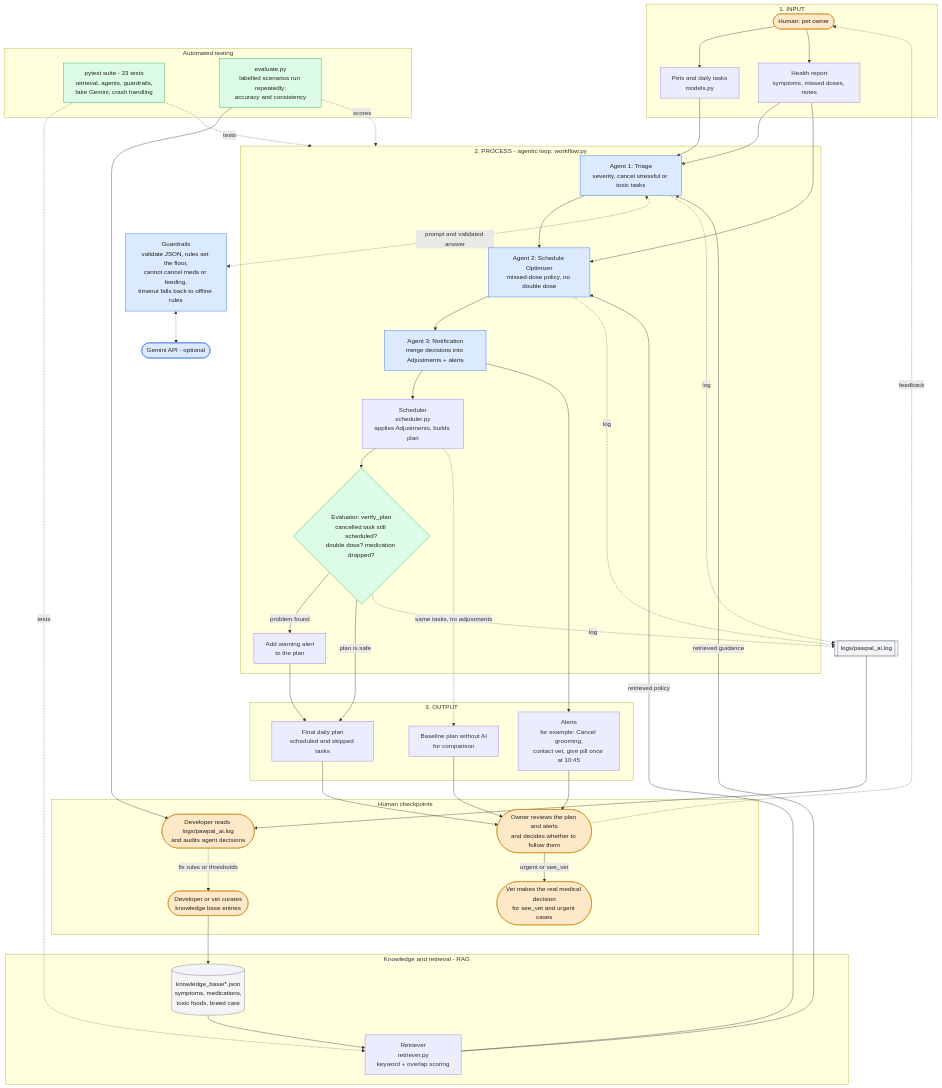
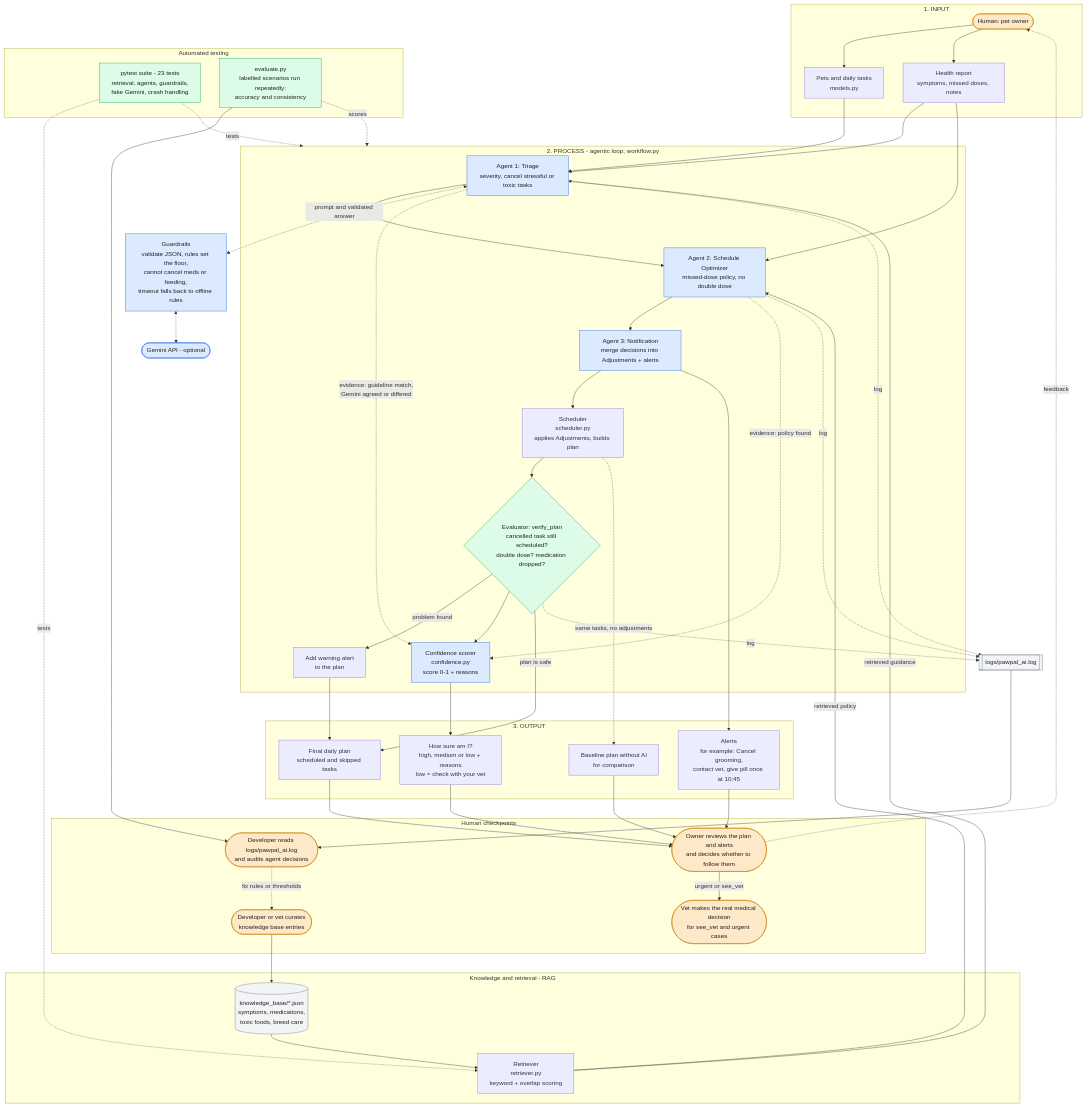
Before and after one commit to Kadzon/applied-ai-system-project: the diagram in diagrams/architecture.mmd, drawn with Mermaid.

Commit message:
Update architecture diagram with confidence scorer

```diff
--- a/diagrams/architecture.mmd
+++ b/diagrams/architecture.mmd
@@ -1,94 +1,100 @@
 flowchart TD
     %% ---------- INPUT ----------
     subgraph INPUT["1. INPUT"]
         OWNER(["Human: pet owner"])
         TASKS["Pets and daily tasks<br/>models.py"]
         REPORT["Health report<br/>symptoms, missed doses, notes"]
         OWNER --> TASKS
         OWNER --> REPORT
     end
 
     %% ---------- KNOWLEDGE / RAG ----------
     subgraph RAG["Knowledge and retrieval - RAG"]
         KB[("knowledge_base/*.json<br/>symptoms, medications,<br/>toxic foods, breed care")]
         RET["Retriever<br/>retriever.py<br/>keyword + overlap scoring"]
         KB --> RET
     end
 
     %% ---------- PROCESS ----------
     subgraph PROCESS["2. PROCESS - agentic loop, workflow.py"]
         A1["Agent 1: Triage<br/>severity, cancel stressful or toxic tasks"]
         A2["Agent 2: Schedule Optimizer<br/>missed-dose policy, no double dose"]
         A3["Agent 3: Notification<br/>merge decisions into Adjustments + alerts"]
         SCH["Scheduler<br/>scheduler.py<br/>applies Adjustments, builds plan"]
         EVAL{"Evaluator: verify_plan<br/>cancelled task still scheduled?<br/>double dose? medication dropped?"}
         A1 --> A2 --> A3 --> SCH --> EVAL
         EVAL -- "problem found" --> WARN["Add warning alert<br/>to the plan"]
+        EVAL --> CONF["Confidence scorer<br/>confidence.py<br/>score 0-1 + reasons"]
     end
 
     LLM(["Gemini API - optional"])
     GUARD["Guardrails<br/>validate JSON, rules set the floor,<br/>cannot cancel meds or feeding,<br/>timeout falls back to offline rules"]
 
     %% ---------- OUTPUT ----------
     subgraph OUTPUT["3. OUTPUT"]
         PLAN["Final daily plan<br/>scheduled and skipped tasks"]
         ALERTS["Alerts<br/>for example: Cancel grooming,<br/>contact vet, give pill once at 10:45"]
+        CONFOUT["How sure am I?<br/>high, medium or low + reasons<br/>low = check with your vet"]
         BASE["Baseline plan without AI<br/>for comparison"]
     end
 
     %% ---------- HUMAN CHECKPOINTS ----------
     subgraph HUMAN["Human checkpoints"]
         H1(["Owner reviews the plan and alerts<br/>and decides whether to follow them"])
         H2(["Vet makes the real medical decision<br/>for see_vet and urgent cases"])
         H3(["Developer reads logs/pawpal_ai.log<br/>and audits agent decisions"])
         H4(["Developer or vet curates<br/>knowledge base entries"])
     end
 
     %% ---------- TESTING ----------
     subgraph TEST["Automated testing"]
         PYT["pytest suite - 23 tests<br/>retrieval, agents, guardrails,<br/>fake Gemini, crash handling"]
         EVS["evaluate.py<br/>labelled scenarios run repeatedly:<br/>accuracy and consistency"]
     end
 
     LOG[["logs/pawpal_ai.log"]]
 
     %% ---------- DATA FLOW ----------
     TASKS --> A1
     REPORT --> A1
     REPORT --> A2
     RET -- "retrieved guidance" --> A1
     RET -- "retrieved policy" --> A2
     A1 <-. "prompt and validated answer" .-> GUARD
     GUARD <-.-> LLM
     EVAL -- "plan is safe" --> PLAN
     WARN --> PLAN
     A3 --> ALERTS
+    CONF --> CONFOUT
+    CONFOUT --> H1
+    A1 -. "evidence: guideline match,<br/>Gemini agreed or differed" .-> CONF
+    A2 -. "evidence: policy found" .-> CONF
     PLAN --> H1
     ALERTS --> H1
     BASE --> H1
     SCH -. "same tasks, no adjustments" .-> BASE
     H1 -- "urgent or see_vet" --> H2
     H1 -. "feedback" .-> OWNER
 
     %% ---------- LOGGING ----------
     A1 -. "log" .-> LOG
     A2 -. "log" .-> LOG
     EVAL -. "log" .-> LOG
     LOG --> H3
     H3 -. "fix rules or thresholds" .-> H4
     H4 --> KB
 
     %% ---------- TESTING LINKS ----------
     PYT -. "tests" .-> PROCESS
     PYT -. "tests" .-> RET
     EVS -. "scores" .-> PROCESS
     EVS --> H3
 
     classDef human fill:#fde8c8,stroke:#c77700,color:#222;
     classDef ai fill:#dbeafe,stroke:#2563eb,color:#222;
     classDef test fill:#dcfce7,stroke:#16a34a,color:#222;
     classDef store fill:#f3f4f6,stroke:#6b7280,color:#222;
     class OWNER,H1,H2,H3,H4 human;
-    class A1,A2,A3,LLM,GUARD ai;
+    class A1,A2,A3,LLM,GUARD,CONF ai;
     class PYT,EVS,EVAL test;
     class KB,LOG store;
```
